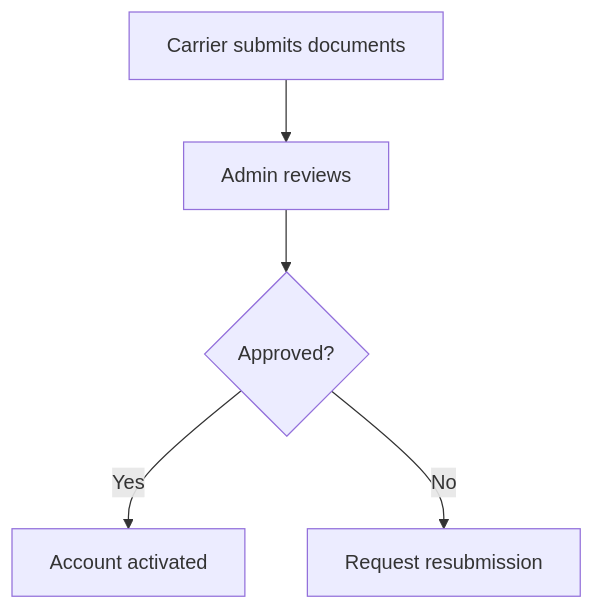
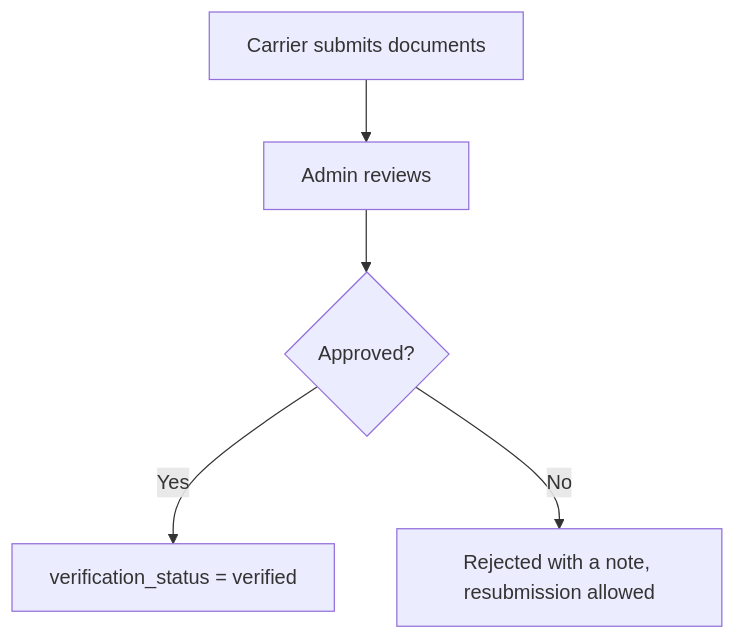
Before and after one commit to arbpra/freightmove-redesign: the seventh of 7 diagrams in docs/07-workflows-and-diagrams.md, drawn with Mermaid. The commit also changed other lines of this file and 13 other files, not shown here.

````diff
--- a/docs/07-workflows-and-diagrams.md
+++ b/docs/07-workflows-and-diagrams.md
@@ -62,7 +116,7 @@
 ```mermaid
 flowchart TD
     A[Carrier submits documents] --> B[Admin reviews]
     B --> C{Approved?}
-    C -->|Yes| D[Account activated]
-    C -->|No| E[Request resubmission]
+    C -->|Yes| D[verification_status = verified]
+    C -->|No| E[Rejected with a note, resubmission allowed]
 ```
````
